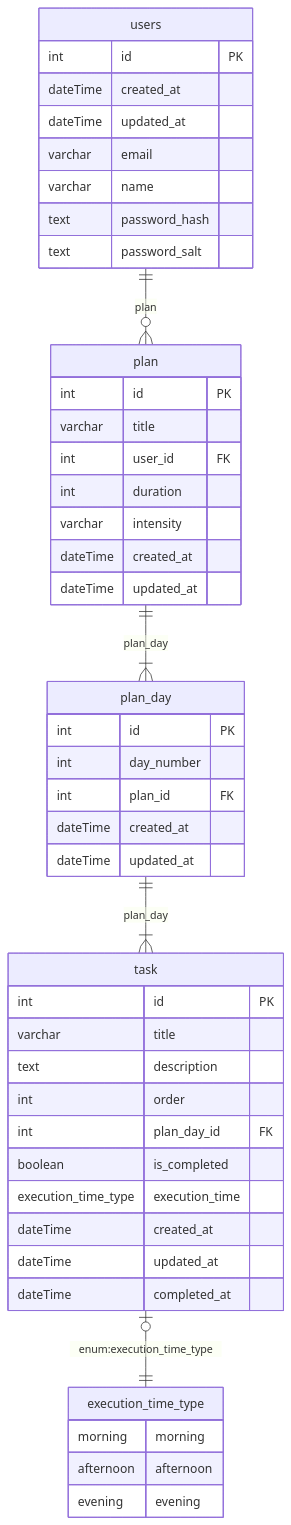
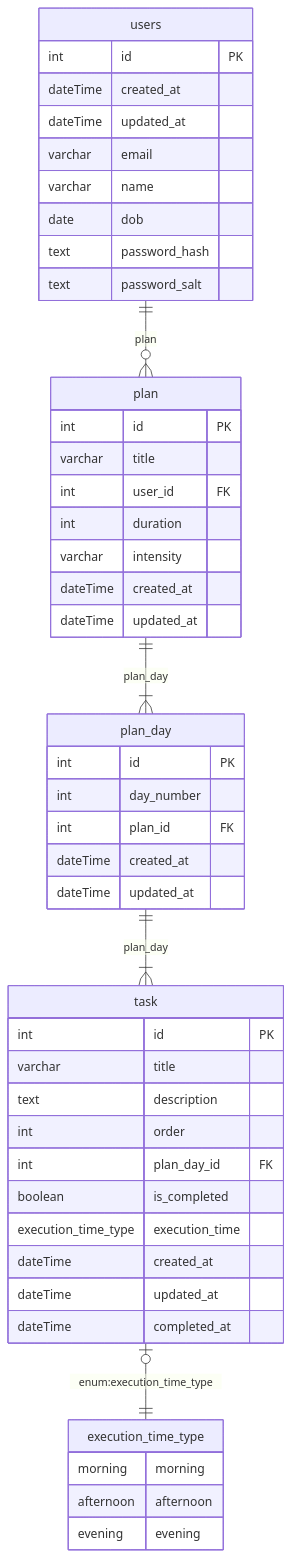
The diagram in readme.md (BinaryStudioAcademy/bsa-2025-checkly), drawn with Mermaid before and after one commit.

Commit message:
docs: update database plan schema cy-176

````diff
--- a/readme.md
+++ b/readme.md
@@ -25,55 +25,56 @@
 ```mermaid
 
 erDiagram
   users ||--o{ plan : "plan"
   users {
     int id PK
     dateTime created_at
     dateTime updated_at
     varchar email
     varchar name
+    date dob
     text password_hash
     text password_salt
   }
 
   plan ||--|{ plan_day : "plan_day"
   plan {
     int id PK
     varchar title
     int user_id FK
     int duration
     varchar intensity
     dateTime created_at
     dateTime updated_at
   }
 
   plan_day ||--|{ task : "plan_day"
   plan_day {
     int id PK
     int day_number
     int plan_id FK
     dateTime created_at
     dateTime updated_at
   }
 
   task o|--|| execution_time_type : "enum:execution_time_type"
   task {
     int id PK
     varchar title
     text description
     int order
     int plan_day_id FK
     boolean is_completed
     execution_time_type execution_time
     dateTime created_at
     dateTime updated_at
     dateTime completed_at
   }
 
   execution_time_type {
     morning morning
     afternoon afternoon
     evening evening
   }
 
 ```
````
